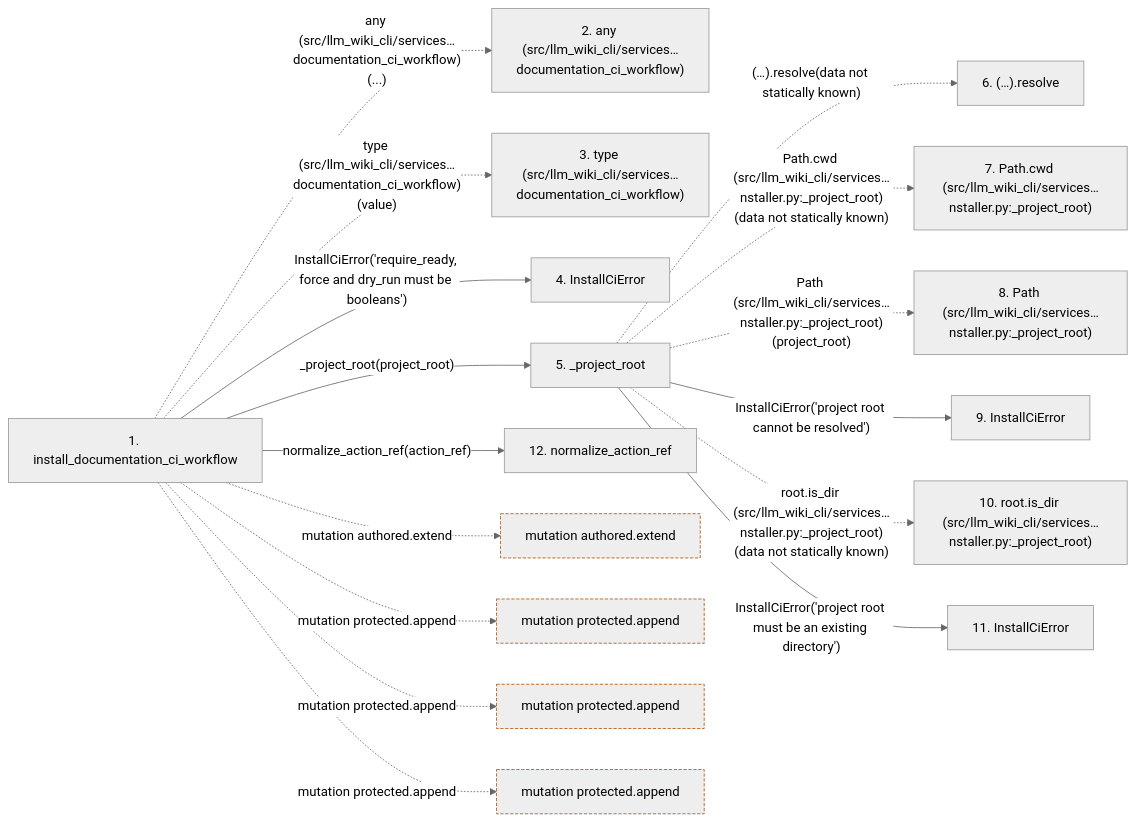
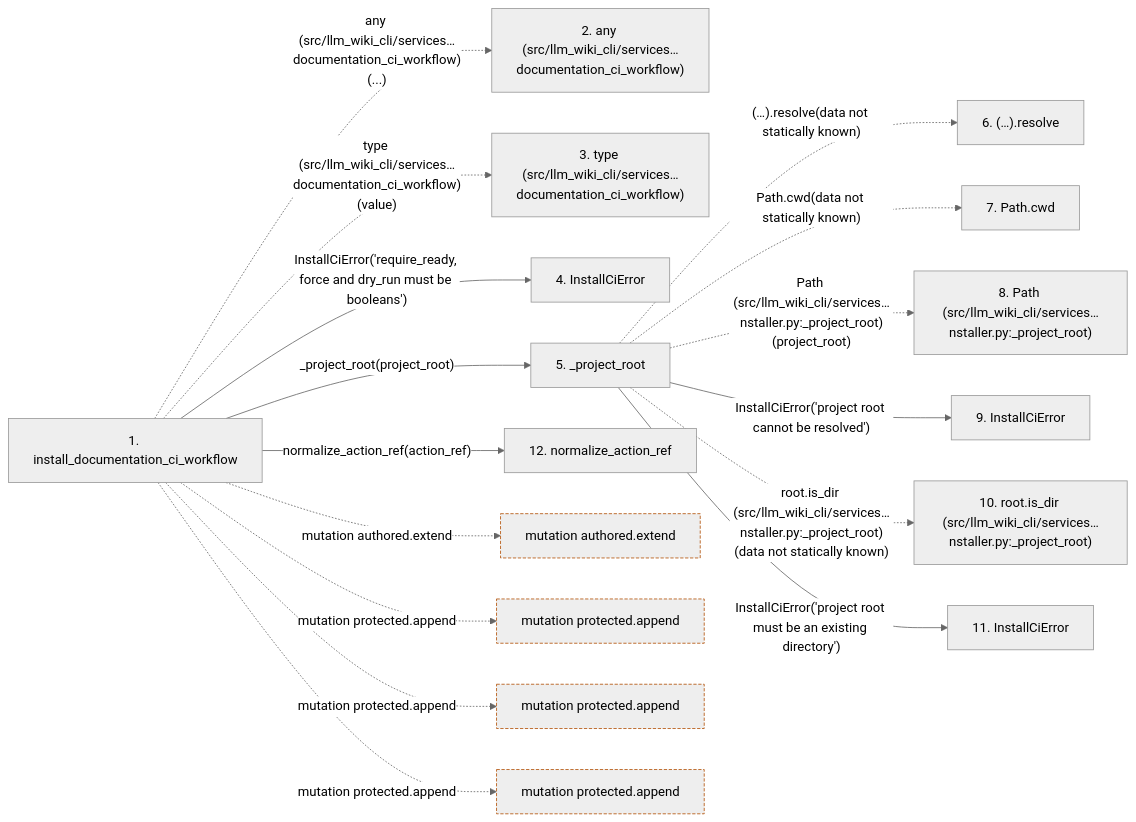
Before and after one commit to Denissvgn/python-wiki-llm: the second of 2 diagrams in docs/llm_wiki/flows/api-install_documentation_ci_workflow.md, drawn with Mermaid (neutral theme). The commit also changed other lines of this file and 1555 other files, not shown here.

````diff
--- a/docs/llm_wiki/flows/api-install_documentation_ci_workflow.md
+++ b/docs/llm_wiki/flows/api-install_documentation_ci_workflow.md
@@ -149,45 +153,45 @@
 ```mermaid
 flowchart LR
     s1["1. install_documentation_ci_workflow"]
     s2["2. any (src/llm_wiki_cli/services…documentation_ci_workflow)"]
     s3["3. type (src/llm_wiki_cli/services…documentation_ci_workflow)"]
     s4["4. InstallCiError"]
     s5["5. _project_root"]
     s6["6. (…).resolve"]
-    s7["7. Path.cwd (src/llm_wiki_cli/services…nstaller.py:_project_root)"]
+    s7["7. Path.cwd"]
     s8["8. Path (src/llm_wiki_cli/services…nstaller.py:_project_root)"]
     s9["9. InstallCiError"]
     s10["10. root.is_dir (src/llm_wiki_cli/services…nstaller.py:_project_root)"]
     s11["11. InstallCiError"]
     s12["12. normalize_action_ref"]
     s1 -. "any (src/llm_wiki_cli/services…documentation_ci_workflow)(...)" .-> s2
     s1 -. "type (src/llm_wiki_cli/services…documentation_ci_workflow)(value)" .-> s3
     s1 -->|"InstallCiError('require_ready, force and dry_run must be booleans')"| s4
     s1 -->|"_project_root(project_root)"| s5
     s5 -. "(…).resolve(data not statically known)" .-> s6
-    s5 -. "Path.cwd (src/llm_wiki_cli/services…nstaller.py:_project_root)(data not statically known)" .-> s7
+    s5 -. "Path.cwd(data not statically known)" .-> s7
     s5 -. "Path (src/llm_wiki_cli/services…nstaller.py:_project_root)(project_root)" .-> s8
     s5 -->|"InstallCiError('project root cannot be resolved')"| s9
     s5 -. "root.is_dir (src/llm_wiki_cli/services…nstaller.py:_project_root)(data not statically known)" .-> s10
     s5 -->|"InstallCiError('project root must be an existing directory')"| s11
     s1 -->|"normalize_action_ref(action_ref)"| s12
     b0["mutation authored.extend"]
     s1 -. "mutation authored.extend" .-> b0
     b1["mutation protected.append"]
     s1 -. "mutation protected.append" .-> b1
     b2["mutation protected.append"]
     s1 -. "mutation protected.append" .-> b2
     b3["mutation protected.append"]
     s1 -. "mutation protected.append" .-> b3
     click s1 "../modules/ci_installer.md"
     click s4 "../modules/ci_installer.md"
     click s5 "../modules/ci_installer.md"
     click s9 "../modules/ci_installer.md"
     click s11 "../modules/ci_installer.md"
     click s12 "../modules/ci_installer.md"
     classDef boundary stroke:#b45309,stroke-dasharray: 4 2
     class b0 boundary
     class b1 boundary
     class b2 boundary
     class b3 boundary
 ```
````
